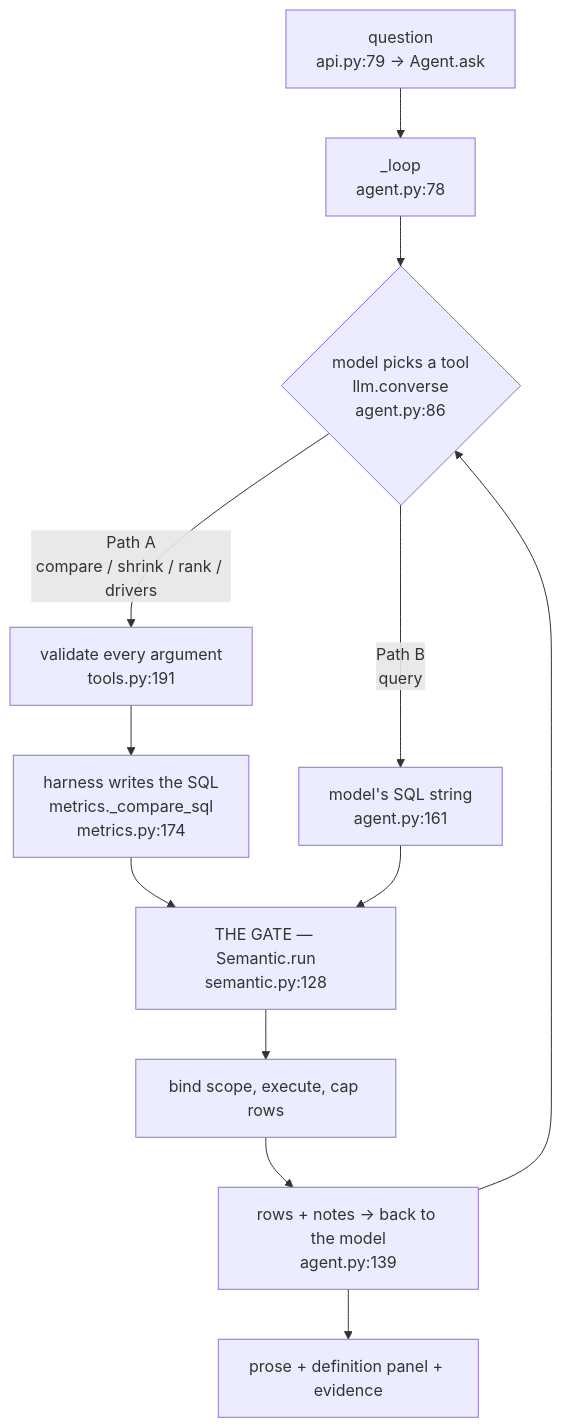
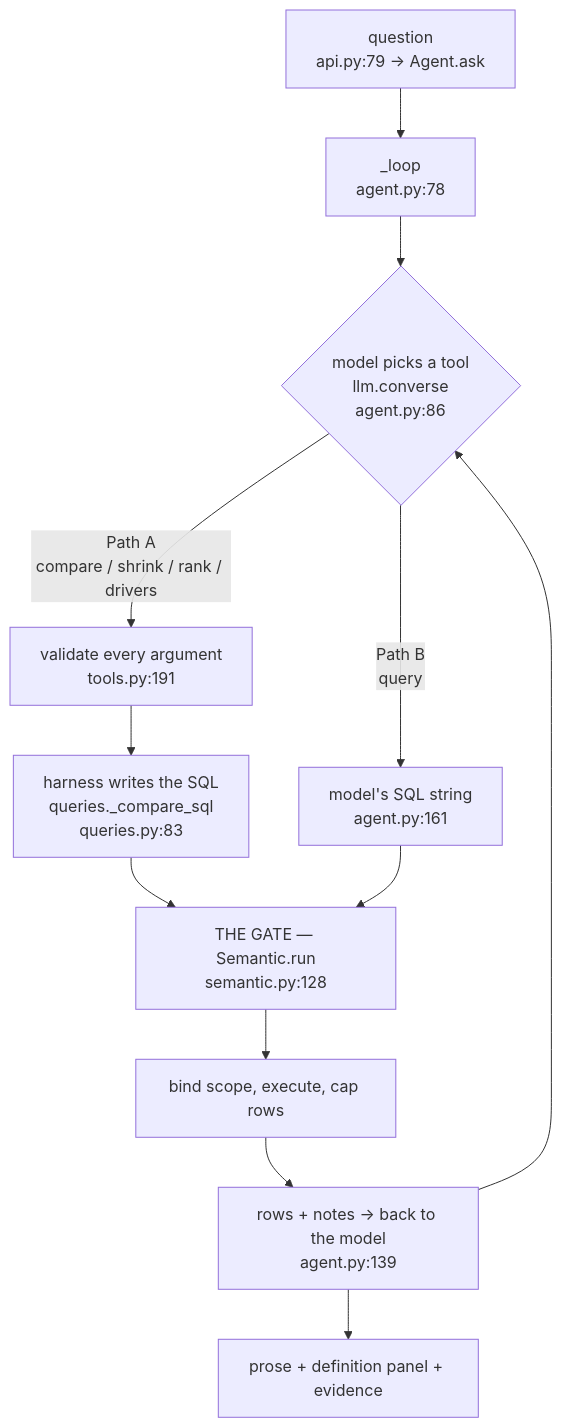
Before and after one commit to hvs338/freshflow2: the second of 3 diagrams in TRACE.md, drawn with Mermaid. The commit also changed other lines of this file and 13 other files, not shown here.

````diff
--- a/TRACE.md
+++ b/TRACE.md
@@ -67,17 +79,17 @@
 ```mermaid
 flowchart TB
     Q["question<br/>api.py:79 → Agent.ask"] --> LOOP["_loop<br/>agent.py:78"]
     LOOP --> MODEL{"model picks a tool<br/>llm.converse<br/>agent.py:86"}
 
     MODEL -->|"Path A<br/>compare / shrink / rank / drivers"| VAL["validate every argument<br/>tools.py:191"]
-    VAL --> BUILD["harness writes the SQL<br/>metrics._compare_sql<br/>metrics.py:174"]
+    VAL --> BUILD["harness writes the SQL<br/>queries._compare_sql<br/>queries.py:83"]
 
     MODEL -->|"Path B<br/>query"| RAW["model's SQL string<br/>agent.py:161"]
 
     BUILD --> GATE
     RAW --> GATE["THE GATE — Semantic.run<br/>semantic.py:128"]
     GATE --> EXEC["bind scope, execute, cap rows"]
     EXEC --> BACK["rows + notes → back to the model<br/>agent.py:139"]
     BACK --> MODEL
     BACK --> OUT["prose + definition panel + evidence"]
 ```
````
